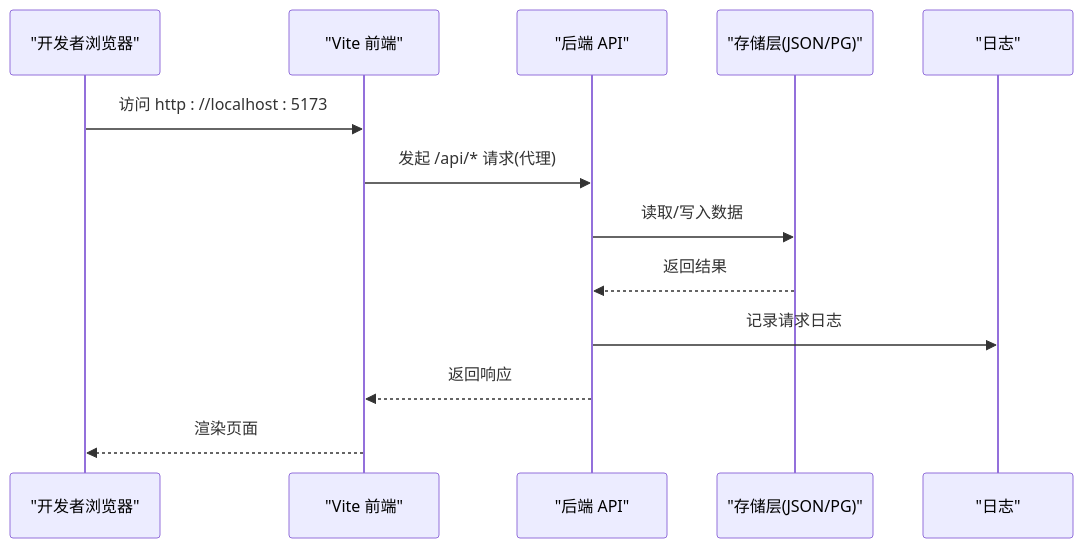
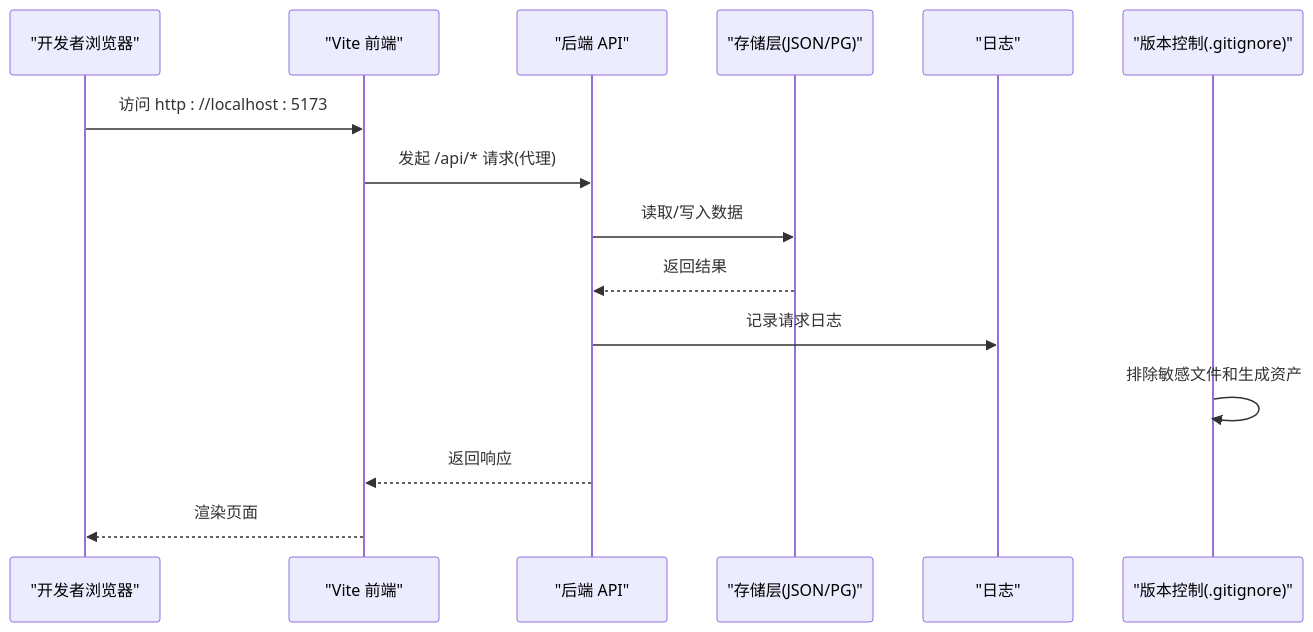
Before and after one commit to Giraffe-Han/microAPP: the second of 6 diagrams in .qoder/repowiki/zh/content/部署与运维/开发环境搭建.md, drawn with Mermaid. The commit also changed other lines of this file and 8 other files, not shown here.

Commit message:
update: 医疗配送图标改为红底白十字，金刚区医疗配送与服务评价位置互换

````diff
--- a/.qoder/repowiki/zh/content/部署与运维/开发环境搭建.md
+++ b/.qoder/repowiki/zh/content/部署与运维/开发环境搭建.md
@@ -91,15 +110,17 @@
 ```mermaid
 sequenceDiagram
 participant Dev as "开发者浏览器"
 participant FE as "Vite 前端"
 participant API as "后端 API"
 participant Store as "存储层(JSON/PG)"
 participant Log as "日志"
+participant Git as "版本控制(.gitignore)"
 Dev->>FE : 访问 http : //localhost : 5173
 FE->>API : 发起 /api/* 请求(代理)
 API->>Store : 读取/写入数据
 Store-->>API : 返回结果
 API->>Log : 记录请求日志
+Git->>Git : 排除敏感文件和生成资产
 API-->>FE : 返回响应
 FE-->>Dev : 渲染页面
 ```
````
